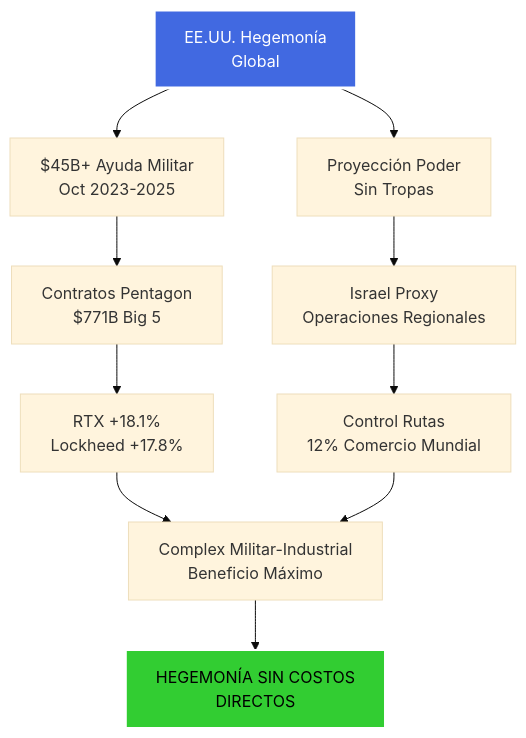
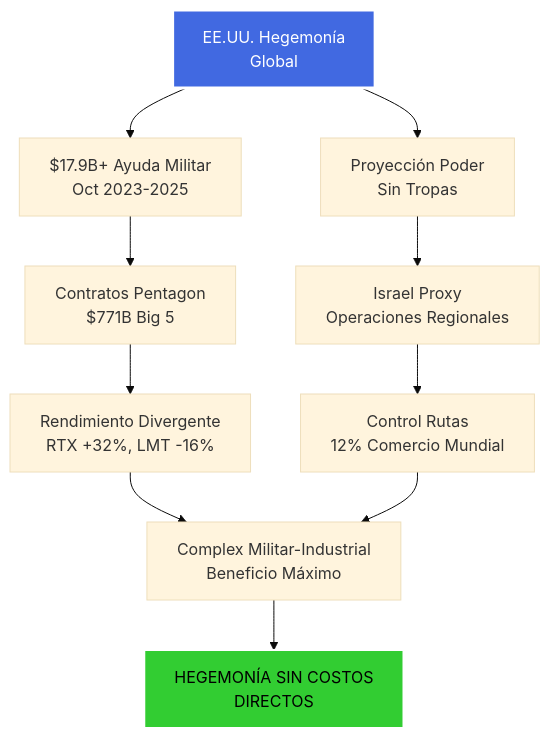
Diagram 14 of 20 in intel/israel_geopolitical_analysis.md (perpetuocambio/annotations), drawn with Mermaid (base theme) before and after one commit. The commit also changed other lines of this file, not shown here.

````diff
--- a/intel/israel_geopolitical_analysis.md
+++ b/intel/israel_geopolitical_analysis.md
@@ -637,18 +662,18 @@
 ```mermaid
 flowchart TD
-    A[EE.UU. Hegemonía<br/>Global] --> B[$45B+ Ayuda Militar<br/>Oct 2023-2025]
+    A[EE.UU. Hegemonía<br/>Global] --> B[$17.9B+ Ayuda Militar<br/>Oct 2023-2025]
     B --> C[Contratos Pentagon<br/>$771B Big 5]
-    C --> D[RTX +18.1%<br/>Lockheed +17.8%]
+    C --> D[Rendimiento Divergente<br>RTX +32%, LMT -16%]
 
     A --> E[Proyección Poder<br/>Sin Tropas]
     E --> F[Israel Proxy<br/>Operaciones Regionales]
     F --> G[Control Rutas<br/>12% Comercio Mundial]
 
     D --> H[Complex Militar-Industrial<br/>Beneficio Máximo]
     G --> H
 
     H --> I[HEGEMONÍA SIN COSTOS<br/>DIRECTOS]
 
     style A fill:#4169e1,stroke:#fff,stroke-width:3px,color:#fff
     style I fill:#32cd32,stroke:#fff,stroke-width:2px,color:#000
 ```
````
